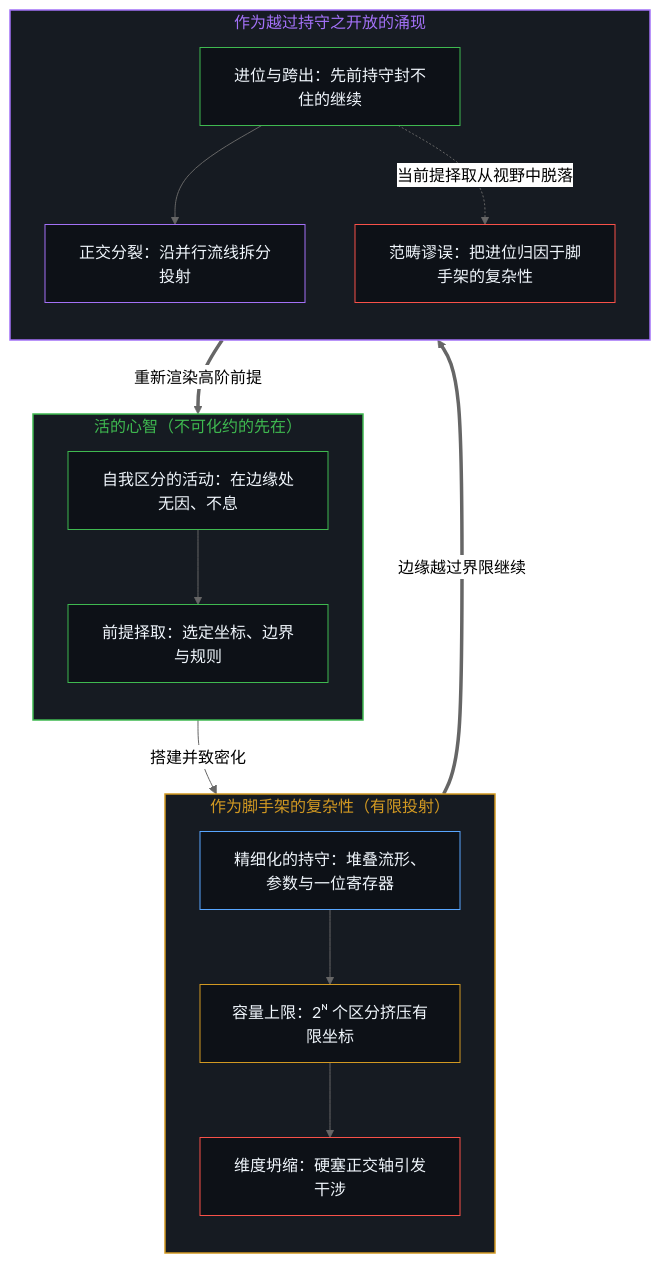
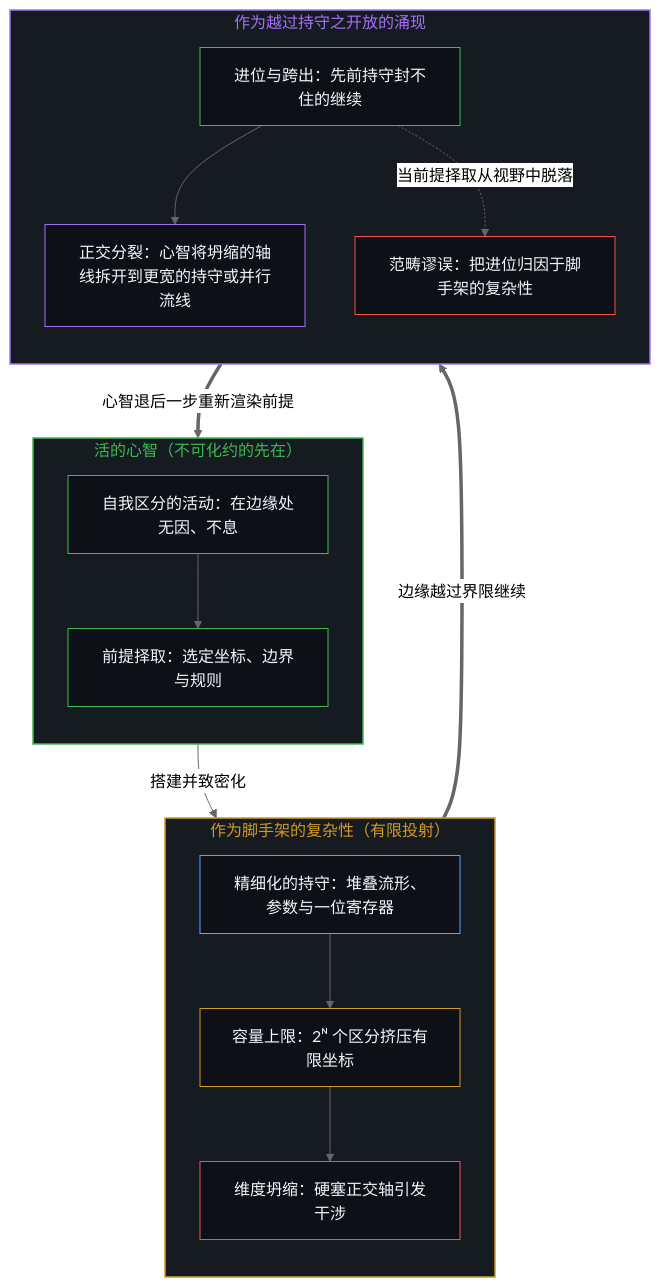
The first of 2 diagrams in content/posts/complexity-obscures-emergence-as-the-act-of-mind.md (powerpig99/not-a-toe), drawn with Mermaid (neutral theme) before and after one commit. The commit also changed other lines of this file and 6 other files, not shown here.

````diff
--- a/content/posts/complexity-obscures-emergence-as-the-act-of-mind.md
+++ b/content/posts/complexity-obscures-emergence-as-the-act-of-mind.md
@@ -27,38 +27,38 @@
 ```mermaid
 flowchart TD
     subgraph S_Edge["活的心智（不可化约的先在）"]
         direction TB
         Act["自我区分的活动：在边缘处无因、不息"]
         Select["前提择取：选定坐标、边界与规则"]
         Act --> Select
     end
     subgraph S_Hold["作为脚手架的复杂性（有限投射）"]
         direction TB
         Scaffold["精细化的持守：堆叠流形、参数与一位寄存器"]
         Ceiling["容量上限：2ᴺ 个区分挤压有限坐标"]
         Collapse["维度坍缩：硬塞正交轴引发干涉"]
         Scaffold --> Ceiling --> Collapse
     end
     subgraph S_Open["作为越过持守之开放的涌现"]
         direction TB
         Carry["进位与跨出：先前持守封不住的继续"]
-        Mitosis["正交分裂：沿并行流线拆分投射"]
+        Mitosis["正交分裂：心智将坍缩的轴线拆开到更宽的持守或并行流线"]
         Error["范畴谬误：把进位归因于脚手架的复杂性"]
         Carry --> Mitosis
         Carry -.->|"当前提择取从视野中脱落"| Error
     end
     Select -->|"搭建并致密化"| Scaffold
     Ceiling ==>|"边缘越过界限继续"| Carry
-    Mitosis ==>|"重新渲染高阶前提"| Select
+    Mitosis ==>|"心智退后一步重新渲染前提"| Select
     style S_Edge fill:#161b22,stroke:#3fb950,stroke-width:1.5px,color:#3fb950
     style S_Hold fill:#161b22,stroke:#d29922,stroke-width:1.5px,color:#d29922
     style S_Open fill:#161b22,stroke:#a371f7,stroke-width:1.5px,color:#a371f7
     style Act fill:#0d1117,stroke:#3fb950,stroke-width:1px,color:#f0f6fc
     style Select fill:#0d1117,stroke:#3fb950,stroke-width:1px,color:#f0f6fc
     style Scaffold fill:#0d1117,stroke:#58a6ff,stroke-width:1px,color:#f0f6fc
     style Ceiling fill:#0d1117,stroke:#d29922,stroke-width:1px,color:#f0f6fc
     style Collapse fill:#0d1117,stroke:#f85149,stroke-width:1px,color:#f0f6fc
     style Carry fill:#0d1117,stroke:#3fb950,stroke-width:1px,color:#f0f6fc
     style Mitosis fill:#0d1117,stroke:#a371f7,stroke-width:1px,color:#f0f6fc
     style Error fill:#0d1117,stroke:#f85149,stroke-width:1px,color:#f0f6fc
 ```
````
